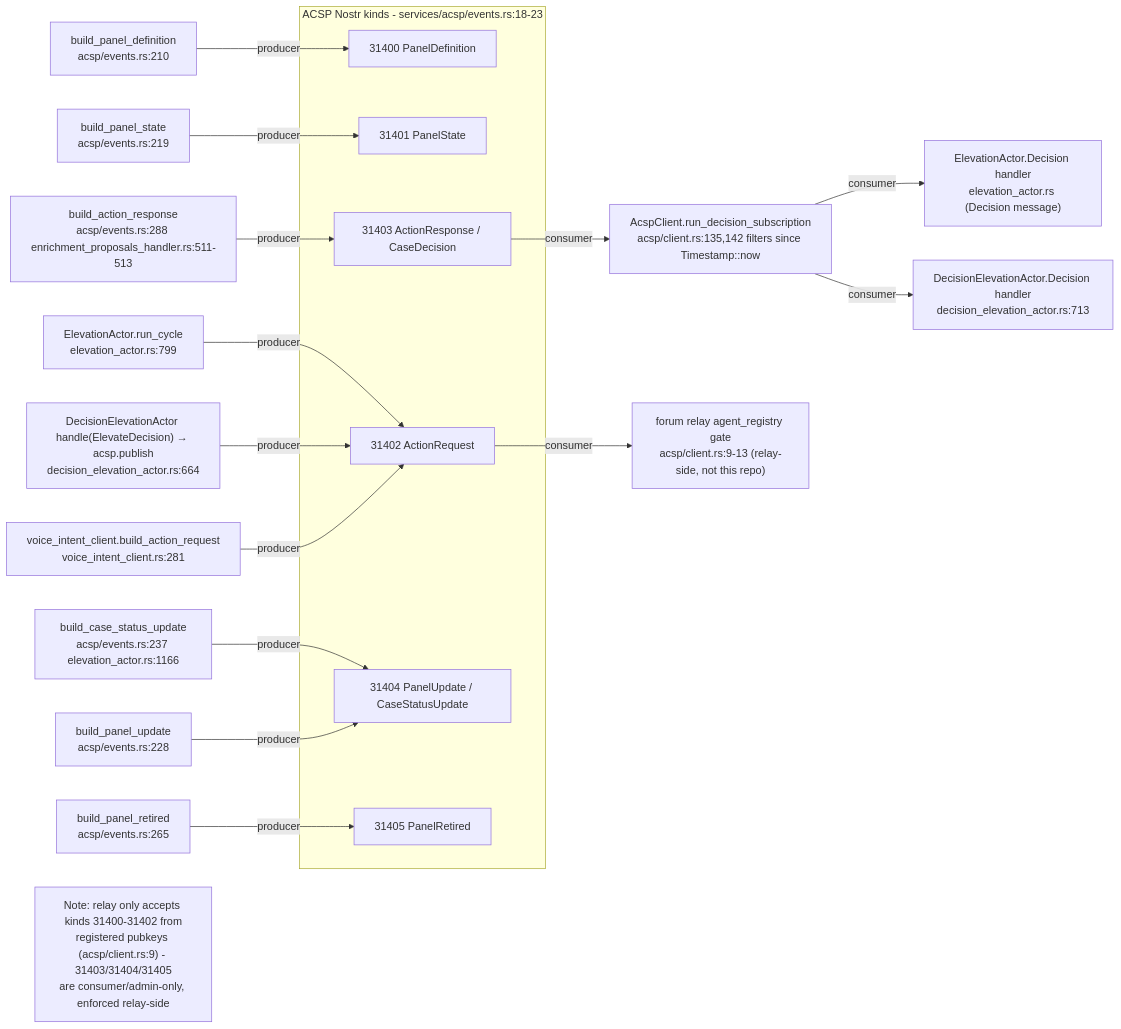
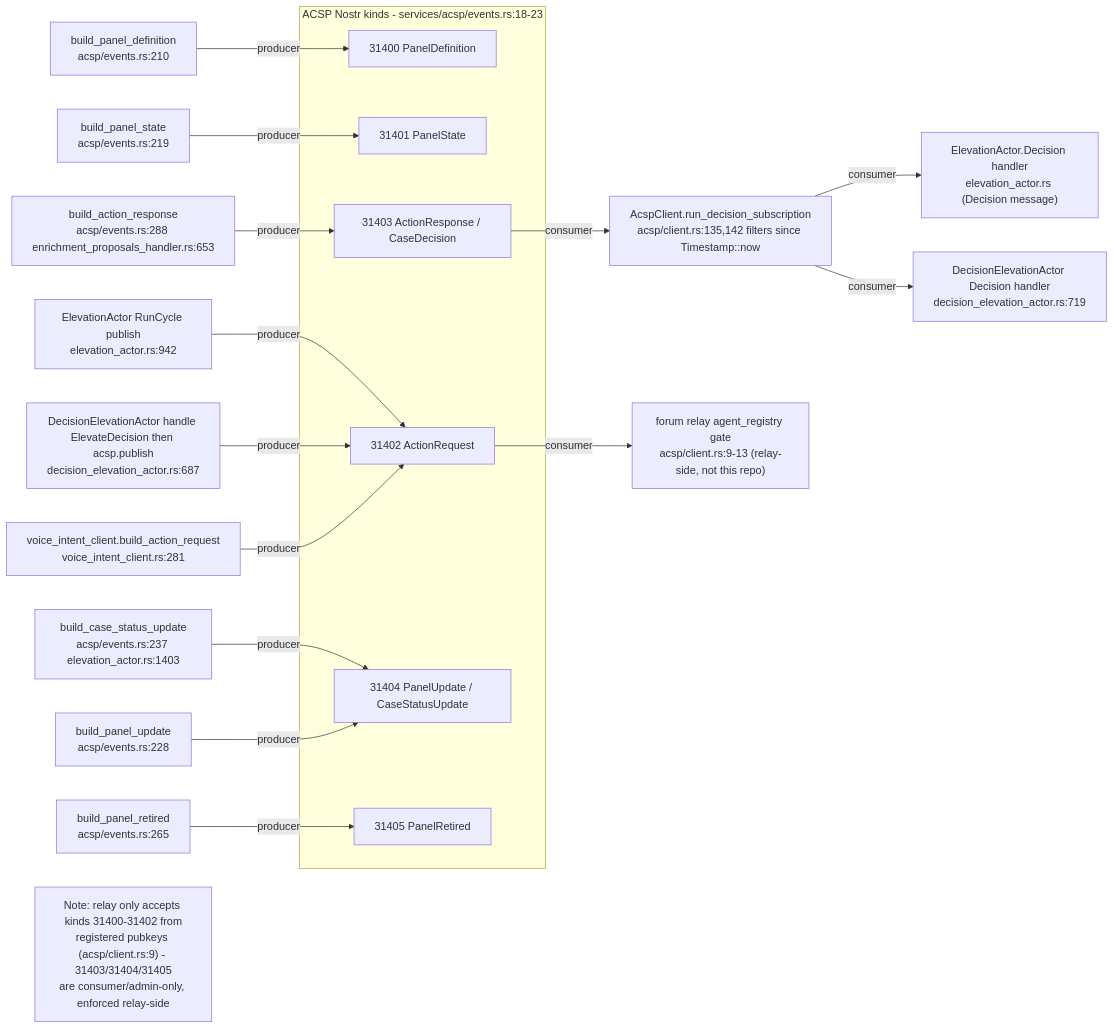
One commit to DreamLab-AI/VisionFlow changed the ninth of 11 diagrams in docs/diagrams/visionclaw/24-acsp-decision-elevation.md. Above: the diagram before and after it, drawn with Mermaid. The commit also changed other lines of this file and 32 other files, not shown here.

````diff
--- a/docs/diagrams/visionclaw/24-acsp-decision-elevation.md
+++ b/docs/diagrams/visionclaw/24-acsp-decision-elevation.md
@@ -335,25 +348,25 @@
 ```mermaid
 flowchart LR
     subgraph kinds["ACSP Nostr kinds - services/acsp/events.rs:18-23"]
         K31400["31400 PanelDefinition"]
         K31401["31401 PanelState"]
         K31402["31402 ActionRequest"]
         K31403["31403 ActionResponse / CaseDecision"]
         K31404["31404 PanelUpdate / CaseStatusUpdate"]
         K31405["31405 PanelRetired"]
     end
     B31400["build_panel_definition<br/>acsp/events.rs:210"] -->|producer| K31400
     B31401["build_panel_state<br/>acsp/events.rs:219"] -->|producer| K31401
-    B31402A["ElevationActor.run_cycle<br/>elevation_actor.rs:799"] -->|producer| K31402
-    B31402B["DecisionElevationActor handle(ElevateDecision) → acsp.publish<br/>decision_elevation_actor.rs:664"] -->|producer| K31402
+    B31402A["ElevationActor RunCycle publish<br/>elevation_actor.rs:942"] -->|producer| K31402
+    B31402B["DecisionElevationActor handle ElevateDecision then acsp.publish<br/>decision_elevation_actor.rs:687"] -->|producer| K31402
     B31402C["voice_intent_client.build_action_request<br/>voice_intent_client.rs:281"] -->|producer| K31402
-    B31403A["build_action_response<br/>acsp/events.rs:288 enrichment_proposals_handler.rs:511-513"] -->|producer| K31403
-    B31404A["build_case_status_update<br/>acsp/events.rs:237 elevation_actor.rs:1166"] -->|producer| K31404
+    B31403A["build_action_response<br/>acsp/events.rs:288 enrichment_proposals_handler.rs:653"] -->|producer| K31403
+    B31404A["build_case_status_update<br/>acsp/events.rs:237 elevation_actor.rs:1403"] -->|producer| K31404
     B31404B["build_panel_update<br/>acsp/events.rs:228"] -->|producer| K31404
     B31405["build_panel_retired<br/>acsp/events.rs:265"] -->|producer| K31405
     K31403 -->|consumer| C31403A["AcspClient.run_decision_subscription<br/>acsp/client.rs:135,142 filters since Timestamp::now"]
     C31403A -->|consumer| C31403B["ElevationActor.Decision handler<br/>elevation_actor.rs (Decision message)"]
-    C31403A -->|consumer| C31403C["DecisionElevationActor.Decision handler<br/>decision_elevation_actor.rs:713"]
+    C31403A -->|consumer| C31403C["DecisionElevationActor Decision handler<br/>decision_elevation_actor.rs:719"]
     K31402 -->|consumer| C31402["forum relay agent_registry gate<br/>acsp/client.rs:9-13 (relay-side, not this repo)"]
     Note1["Note: relay only accepts kinds 31400-31402 from<br/>registered pubkeys (acsp/client.rs:9) - 31403/31404/31405<br/>are consumer/admin-only, enforced relay-side"]
 ```
````
